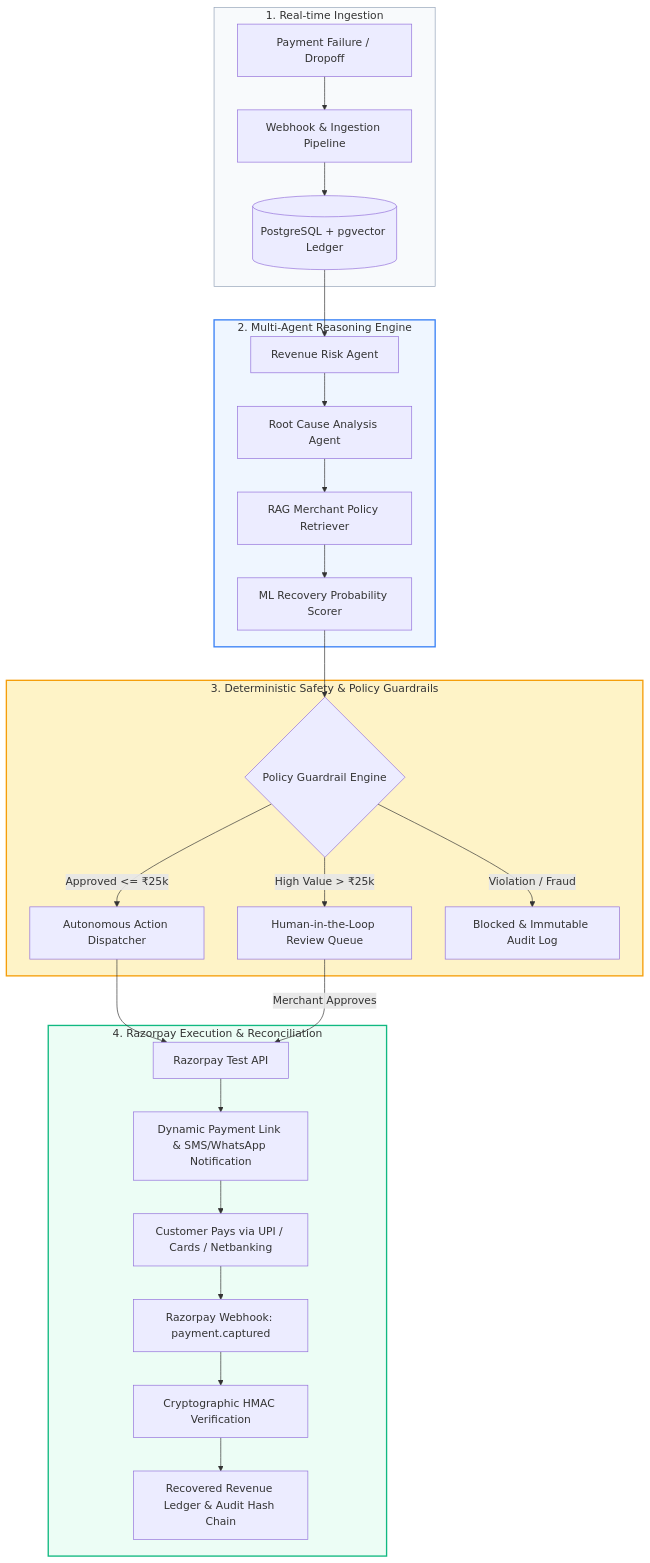
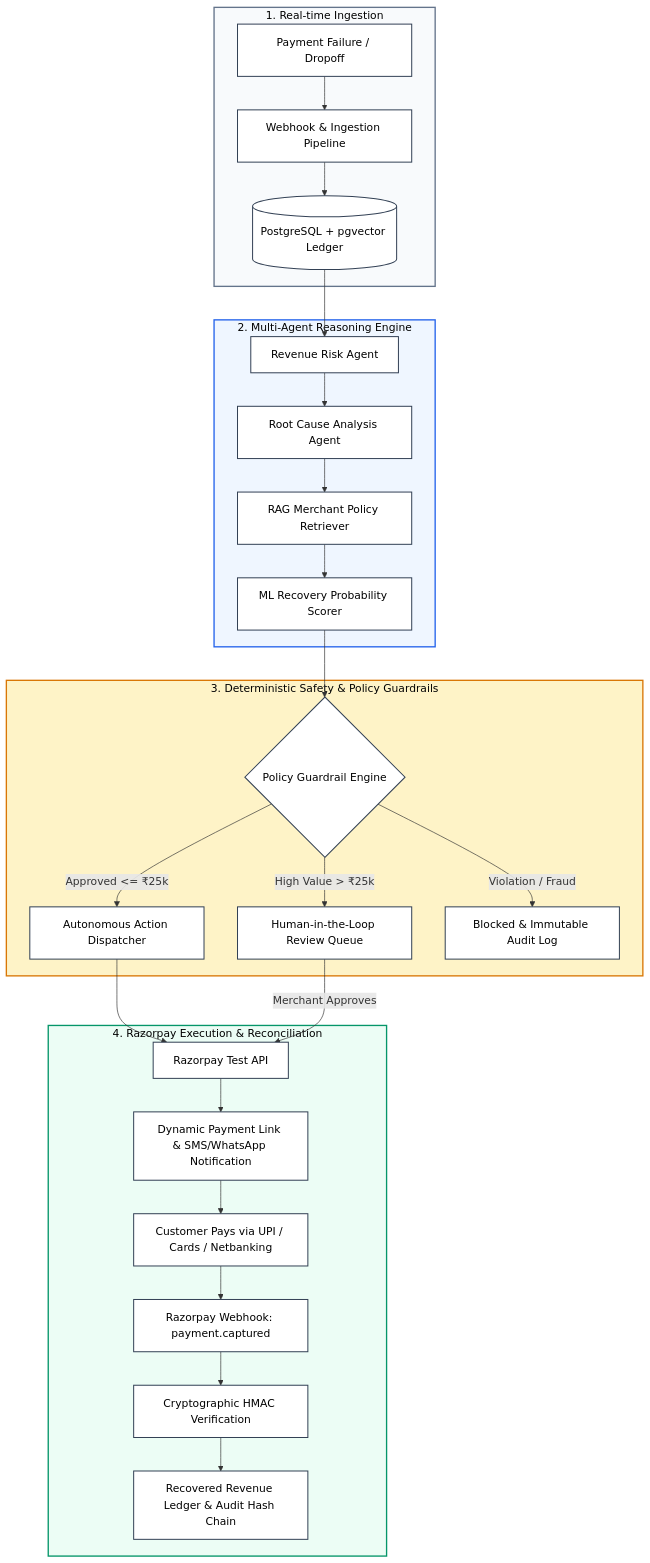
Before and after one commit to bhumitsoni20/RazorRecover-AI: the diagram in README.md, drawn with Mermaid.

Commit message:
style(docs): enforce black text color on Mermaid architecture subgraphs for high contrast

````diff
--- a/README.md
+++ b/README.md
@@ -53,36 +53,38 @@
 ```mermaid
 flowchart TD
     subgraph Ingestion["1. Real-time Ingestion"]
         A[Payment Failure / Dropoff] --> B[Webhook & Ingestion Pipeline]
         B --> C[(PostgreSQL + pgvector Ledger)]
     end
 
     subgraph Intelligence["2. Multi-Agent Reasoning Engine"]
         C --> D[Revenue Risk Agent]
         D --> E[Root Cause Analysis Agent]
         E --> F[RAG Merchant Policy Retriever]
         F --> G[ML Recovery Probability Scorer]
     end
 
     subgraph Governance["3. Deterministic Safety & Policy Guardrails"]
         G --> H{Policy Guardrail Engine}
         H -->|Approved <= ₹25k| I[Autonomous Action Dispatcher]
         H -->|High Value > ₹25k| J[Human-in-the-Loop Review Queue]
         H -->|Violation / Fraud| K[Blocked & Immutable Audit Log]
     end
 
     subgraph Execution["4. Razorpay Execution & Reconciliation"]
         I --> L[Razorpay Test API]
         J -->|Merchant Approves| L
         L --> M[Dynamic Payment Link & SMS/WhatsApp Notification]
         M --> N[Customer Pays via UPI / Cards / Netbanking]
         N --> O[Razorpay Webhook: payment.captured]
         O --> P[Cryptographic HMAC Verification]
         P --> Q[Recovered Revenue Ledger & Audit Hash Chain]
     end
 
-    style Ingestion fill:#f8fafc,stroke:#94a3b8,stroke-width:1px
-    style Intelligence fill:#eff6ff,stroke:#3b82f6,stroke-width:2px
-    style Governance fill:#fef3c7,stroke:#f59e0b,stroke-width:2px
-    style Execution fill:#ecfdf5,stroke:#10b981,stroke-width:2px
+    style Ingestion fill:#f8fafc,stroke:#64748b,stroke-width:2px,color:#000000
+    style Intelligence fill:#eff6ff,stroke:#2563eb,stroke-width:2px,color:#000000
+    style Governance fill:#fef3c7,stroke:#d97706,stroke-width:2px,color:#000000
+    style Execution fill:#ecfdf5,stroke:#059669,stroke-width:2px,color:#000000
+
+    classDef default fill:#ffffff,stroke:#334155,stroke-width:1.5px,color:#000000;
 ```
````
